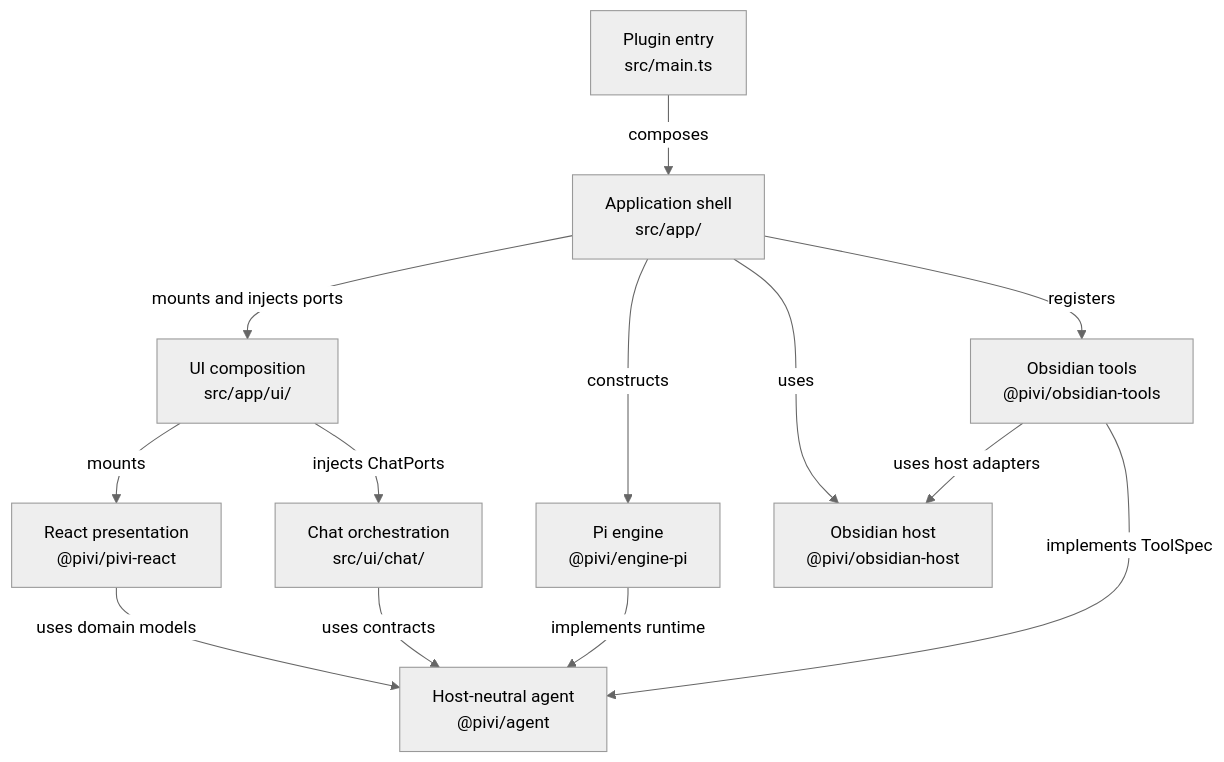
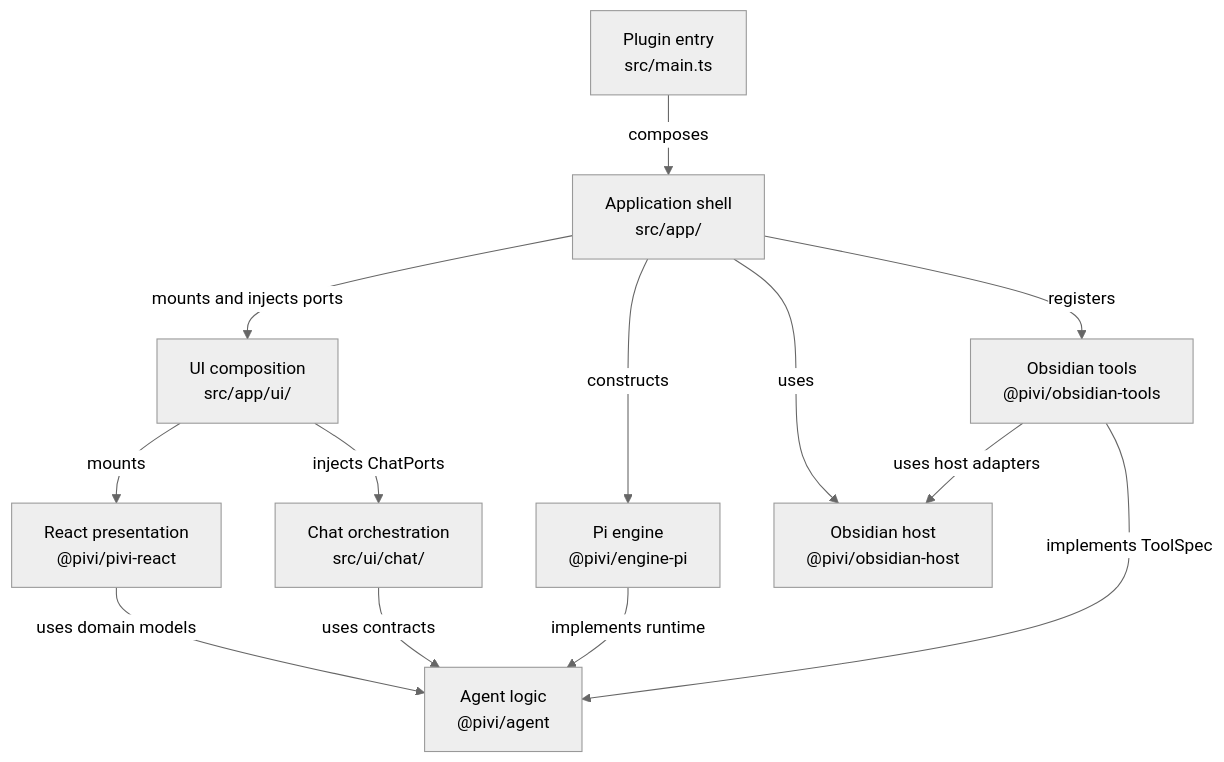
The first of 3 diagrams in docs/README.md (shuuul/obsidian-pivi), drawn with Mermaid (neutral theme) before and after one commit. The commit also changed other lines of this file and 328 other files, not shown here.

````diff
--- a/docs/README.md
+++ b/docs/README.md
@@ -31,15 +32,15 @@
 ```mermaid
 flowchart TD
   Main["Plugin entry<br/>src/main.ts"] -- "composes" --> App["Application shell<br/>src/app/"]
   App -- "mounts and injects ports" --> AppUI["UI composition<br/>src/app/ui/"]
   AppUI -- "mounts" --> React["React presentation<br/>@pivi/pivi-react"]
   AppUI -- "injects ChatPorts" --> Chat["Chat orchestration<br/>src/ui/chat/"]
   App -- "constructs" --> Engine["Pi engine<br/>@pivi/engine-pi"]
   App -- "uses" --> Host["Obsidian host<br/>@pivi/obsidian-host"]
   App -- "registers" --> Tools["Obsidian tools<br/>@pivi/obsidian-tools"]
-  React -- "uses domain models" --> Agent["Host-neutral agent<br/>@pivi/agent"]
+  React -- "uses domain models" --> Agent["Agent logic<br/>@pivi/agent"]
   Chat -- "uses contracts" --> Agent
   Engine -- "implements runtime" --> Agent
   Tools -- "uses host adapters" --> Host
   Tools -- "implements ToolSpec" --> Agent
 ```
````
